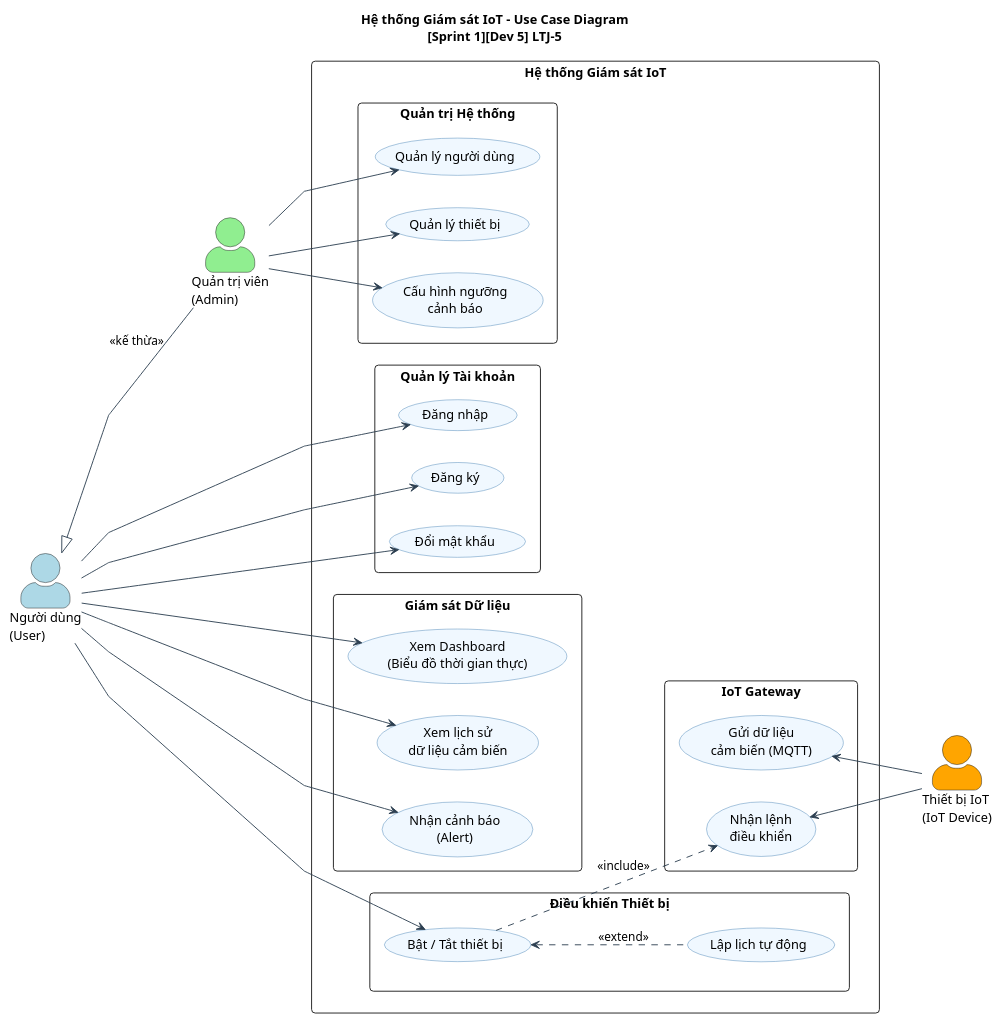
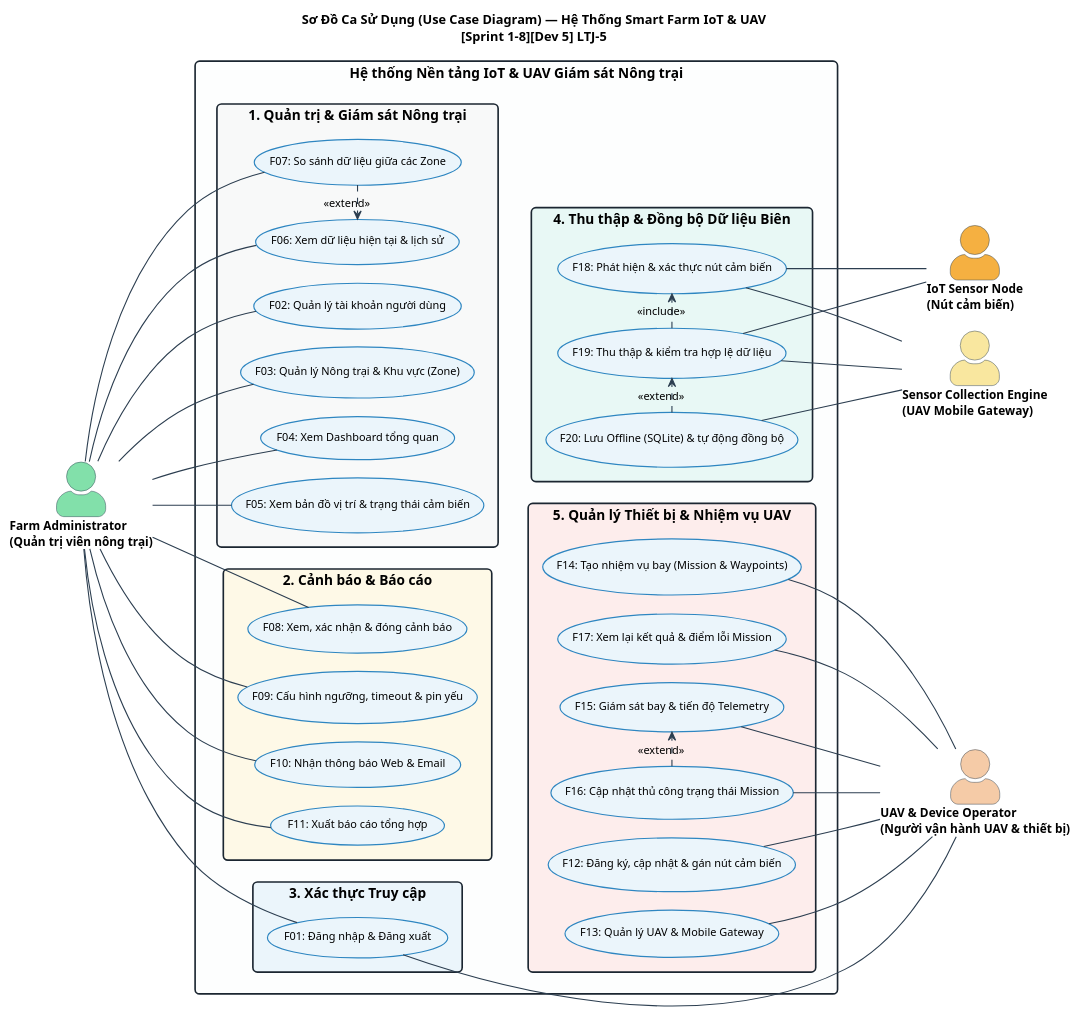
The diagram in docs/UseCase.puml (hocthem711-gif/lap-trinh-java), drawn with PlantUML before and after one commit. The commit also changed 30 other files, not shown here.

Commit message:
docs(LTJ-40): add Deployment Diagram, refine UML architecture diagrams and update test metrics

```diff
--- a/docs/UseCase.puml
+++ b/docs/UseCase.puml
@@ -1,77 +1,129 @@
-@startuml UseCaseDiagram
+@startuml UseCase
 left to right direction
+skinparam backgroundColor #FFFFFF
+skinparam defaultFontName "Segoe UI"
+skinparam defaultFontSize 12
 skinparam actorStyle awesome
 skinparam packageStyle rectangle
-skinparam roundcorner 8
+skinparam roundcorner 10
 skinparam shadowing false
-skinparam linetype polyline
+skinparam nodesep 20
+skinparam ranksep 60
 
 skinparam usecase {
-    BackgroundColor #F0F8FF
-    BorderColor #4682B4
+    BackgroundColor #EBF5FB
+    BorderColor #2E86C1
+    BorderThickness 1.3
     ArrowColor #2C3E50
+    ArrowThickness 1.2
+    FontSize 12
+}
+skinparam actor {
+    FontSize 13
+    FontStyle bold
+    BorderColor #2C3E50
+}
+skinparam package {
+    BackgroundColor #FDFEFE
+    BorderColor #7F8C8D
+    FontColor #1B2631
+    FontSize 13
+    FontStyle bold
+}
+skinparam rectangle {
+    BorderColor #1B2631
+    BorderThickness 1.8
+    FontSize 15
+    FontStyle bold
 }
 
-title Hệ thống Giám sát IoT - Use Case Diagram\n[Sprint 1][Dev 5] LTJ-5
+title Sơ Đồ Ca Sử Dụng (Use Case Diagram) — Hệ Thống Smart Farm IoT & UAV\n[Sprint 1–8][Dev 5] LTJ-5
 
-actor "Quản trị viên\n(Admin)" as Admin #LightGreen
-actor "Người dùng\n(User)" as User #LightBlue
-actor "Thiết bị IoT\n(IoT Device)" as IoT #Orange
+' ===== TÁC NHÂN BÊN TRÁI =====
+actor "Farm Administrator\n(Quản trị viên nông trại)" as Admin #82E0AA
 
-rectangle "Hệ thống Giám sát IoT" {
+' ===== RANH GIỚI HỆ THỐNG =====
+rectangle "Hệ thống Nền tảng IoT & UAV Giám sát Nông trại" {
 
-    package "Quản trị Hệ thống" {
-        usecase "Quản lý người dùng" as UC9
-        usecase "Quản lý thiết bị" as UC10
-        usecase "Cấu hình ngưỡng\ncảnh báo" as UC11
+    package "1. Quản trị & Giám sát Nông trại" as PKG_FARM #F8F9F9 {
+        usecase "F02: Quản lý tài khoản người dùng" as UC02
+        usecase "F03: Quản lý Nông trại & Khu vực (Zone)" as UC03
+        usecase "F04: Xem Dashboard tổng quan" as UC04
+        usecase "F05: Xem bản đồ vị trí & trạng thái cảm biến" as UC05
+        usecase "F06: Xem dữ liệu hiện tại & lịch sử" as UC06
+        usecase "F07: So sánh dữ liệu giữa các Zone" as UC07
     }
 
-    package "Quản lý Tài khoản" {
-        usecase "Đăng nhập" as UC1
-        usecase "Đăng ký" as UC2
-        usecase "Đổi mật khẩu" as UC3
+    package "2. Cảnh báo & Báo cáo" as PKG_ALERT #FEF9E7 {
+        usecase "F08: Xem, xác nhận & đóng cảnh báo" as UC08
+        usecase "F09: Cấu hình ngưỡng, timeout & pin yếu" as UC09
+        usecase "F10: Nhận thông báo Web & Email" as UC10
+        usecase "F11: Xuất báo cáo tổng hợp" as UC11
     }
 
-    package "Giám sát Dữ liệu" {
-        usecase "Xem Dashboard\n(Biểu đồ thời gian thực)" as UC4
-        usecase "Xem lịch sử\ndữ liệu cảm biến" as UC5
-        usecase "Nhận cảnh báo\n(Alert)" as UC6
+    package "3. Xác thực Truy cập" as PKG_AUTH #EBF5FB {
+        usecase "F01: Đăng nhập & Đăng xuất" as UC01
     }
 
-    package "Điều khiển Thiết bị" {
-        usecase "Bật / Tắt thiết bị" as UC7
-        usecase "Lập lịch tự động" as UC8
+    package "4. Thu thập & Đồng bộ Dữ liệu Biên" as PKG_EDGE #E8F8F5 {
+        usecase "F18: Phát hiện & xác thực nút cảm biến" as UC18
+        usecase "F19: Thu thập & kiểm tra hợp lệ dữ liệu" as UC19
+        usecase "F20: Lưu Offline (SQLite) & tự động đồng bộ" as UC20
     }
 
-    package "IoT Gateway" {
-        usecase "Gửi dữ liệu\ncảm biến (MQTT)" as UC12
-        usecase "Nhận lệnh\nđiều khiển" as UC13
+    package "5. Quản lý Thiết bị & Nhiệm vụ UAV" as PKG_UAV #FDEDEC {
+        usecase "F12: Đăng ký, cập nhật & gán nút cảm biến" as UC12
+        usecase "F13: Quản lý UAV & Mobile Gateway" as UC13
+        usecase "F14: Tạo nhiệm vụ bay (Mission & Waypoints)" as UC14
+        usecase "F15: Giám sát bay & tiến độ Telemetry" as UC15
+        usecase "F16: Cập nhật thủ công trạng thái Mission" as UC16
+        usecase "F17: Xem lại kết quả & điểm lỗi Mission" as UC17
     }
 }
 
-' Phân cấp vai trò: Admin kế thừa User
-User <|-- Admin : <<kế thừa>>
+' ===== TÁC NHÂN BÊN PHẢI =====
+actor "Sensor Collection Engine\n(UAV Mobile Gateway)" as Engine #F9E79F
+actor "IoT Sensor Node\n(Nút cảm biến)" as Sensor #F5B041
+actor "UAV & Device Operator\n(Người vận hành UAV & thiết bị)" as Operator #F5CBA7
 
-' Tương tác Quản trị viên
-Admin --> UC9
-Admin --> UC10
-Admin --> UC11
+' ===== CỐ ĐỊNH BỐ CỤC 2 CỘT GỌN ĐẸP =====
+UC03 -[hidden]-> UC18
+UC04 -[hidden]-> UC19
+UC05 -[hidden]-> UC20
+UC09 -[hidden]-> UC14
 
-' Tương tác Người dùng
-User --> UC1
-User --> UC2
-User --> UC3
-User --> UC4
-User --> UC5
-User --> UC6
-User --> UC7
+' ===== LIÊN KẾT ACTOR - USE CASE (NÉT LIỀN CHUẨN UML 2.0) =====
+Admin -- UC02
+Admin -- UC03
+Admin -- UC04
+Admin -- UC05
+Admin -- UC06
+Admin -- UC07
+Admin -- UC08
+Admin -- UC09
+Admin -- UC10
+Admin -- UC11
+Admin -- UC01
 
-' Tương tác Thiết bị IoT (từ bên phải sang)
-UC12 <-- IoT
-UC13 <-- IoT
+UC18 -- Engine
+UC19 -- Engine
+UC20 -- Engine
 
-' Quan hệ giữa các Use Case
-UC8 .up.> UC7 : <<extend>>
-UC7 ..> UC13 : <<include>>
+UC18 -- Sensor
+UC19 -- Sensor
+
+UC17 -- Operator
+UC13 -- Operator
+UC12 -- Operator
+UC16 -- Operator
+UC15 -- Operator
+UC14 -- Operator
+UC01 -- Operator
+
+' ===== QUAN HỆ INCLUDE / EXTEND CHUẨN UML 2.0 =====
+UC07 .> UC06 : <<extend>>
+UC16 .> UC15 : <<extend>>
+UC19 .> UC18 : <<include>>
+UC20 .> UC19 : <<extend>>
 
 @enduml
```
